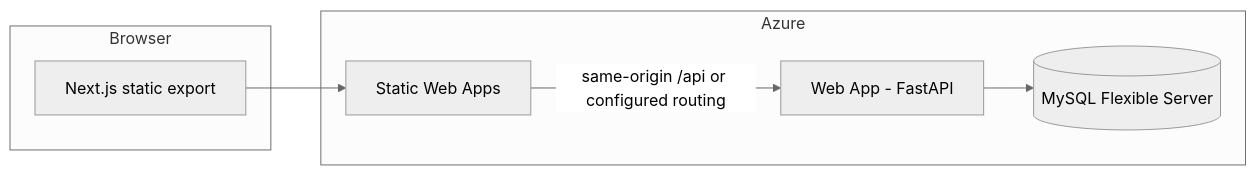
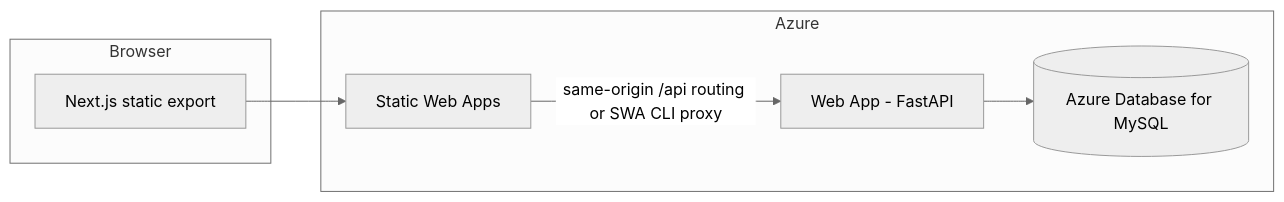
One commit to CITS5206-CapstoneTeam03/participation-marking-app changed the diagram in TechDoc.md. Above: the diagram before and after it, drawn with Mermaid (neutral theme). The commit also changed other lines of this file, not shown here.

````diff
--- a/TechDoc.md
+++ b/TechDoc.md
@@ -11,14 +11,14 @@
 ```mermaid
 flowchart LR
   subgraph browser [Browser]
     UI[Next.js static export]
   end
   subgraph azure [Azure]
     SWA[Static Web Apps]
     APP[Web App - FastAPI]
-    DB[(MySQL Flexible Server)]
+    DB[(Azure Database for MySQL)]
   end
   UI --> SWA
-  SWA -->|"same-origin /api or configured routing"| APP
+  SWA -->|"same-origin /api routing or SWA CLI proxy"| APP
   APP --> DB
 ```
````
